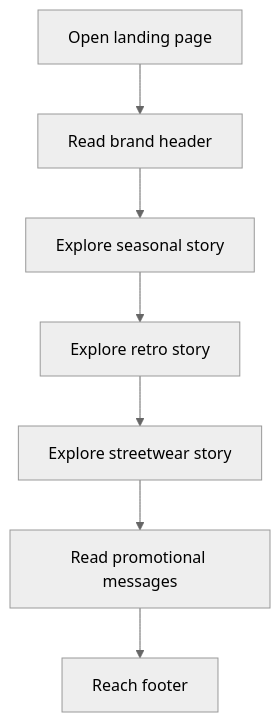
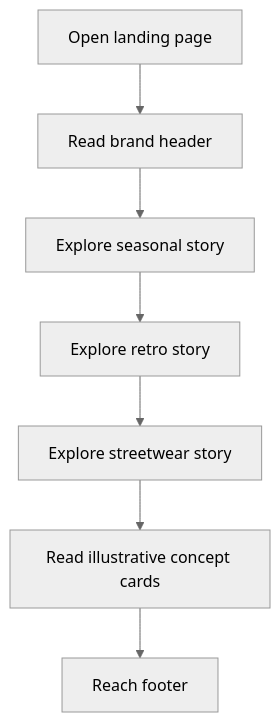
The diagram in docs/FEATURES.md (Brajesh31/Branding-Website), drawn with Mermaid (neutral theme) before and after one commit. The commit also changed other lines of this file, not shown here.

```diff
--- a/docs/FEATURES.md
+++ b/docs/FEATURES.md
@@ -44,9 +46,9 @@
 ~~~mermaid
 flowchart TD
     A[Open landing page] --> B[Read brand header]
     B --> C[Explore seasonal story]
     C --> D[Explore retro story]
     D --> E[Explore streetwear story]
-    E --> F[Read promotional messages]
+    E --> F[Read illustrative concept cards]
     F --> G[Reach footer]
 ~~~
```
